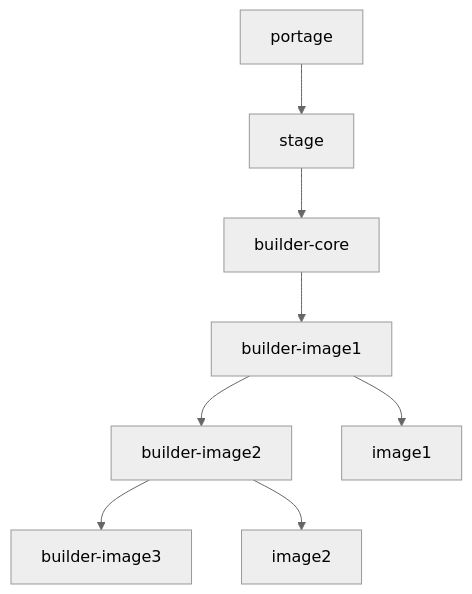
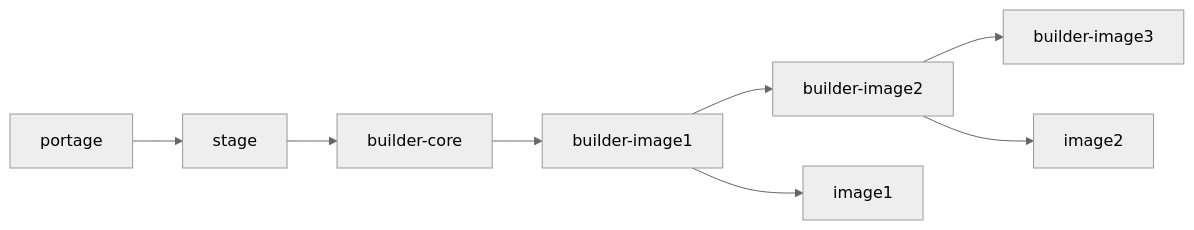
Before and after one commit to cainam/home-cluster-deployment: the diagram in ansible/kubler.md, drawn with Mermaid (neutral theme).

````diff
--- a/ansible/kubler.md
+++ b/ansible/kubler.md
@@ -8,10 +8,10 @@
 ```mermaid
-graph TD; 
+flowchart LR; 
   portage-->stage;
   stage-->builder-core;
   builder-core-->builder-image1;
   builder-image1-->builder-image2
   builder-image1-->image1;
   builder-image2-->builder-image3
   builder-image2-->image2
 ```
````
